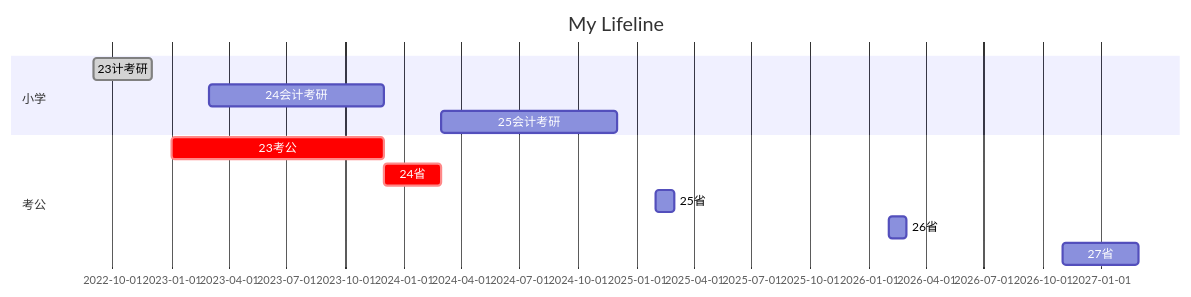
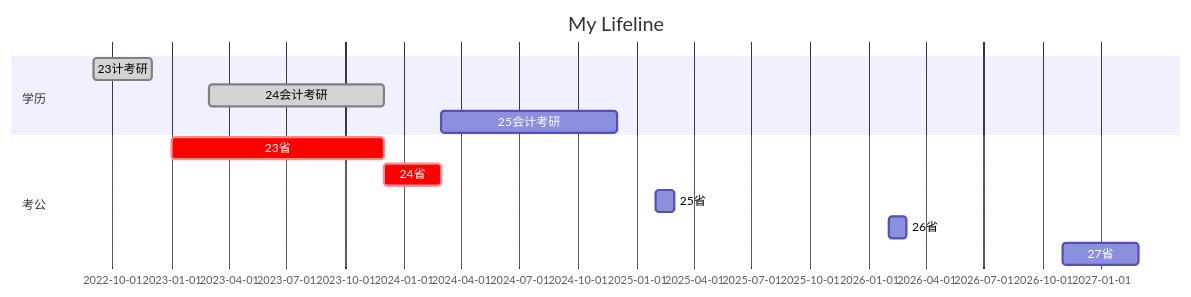
The diagram in source/_posts/分类/100管理/极简管理.md (ChaselWang/ChaselWang.github.io), drawn with Mermaid before and after one commit. The commit also changed other lines of this file and 12 other files, not shown here.

````diff
--- a/source/_posts/分类/100管理/极简管理.md
+++ b/source/_posts/分类/100管理/极简管理.md
@@ -8,20 +8,20 @@
 ```mermaid
 gantt
 title My Lifeline
 dateFormat YY-MM
-section 小学
+section 学历
 23计考研	:done,22-09,22-12	
-24会计考研	:23-03,23-12
+24会计考研	:done,23-03,23-12
 25会计考研	:24-03,24-12
 section 考公
-23考公	:crit,23-01,23-12
+23省	:crit,23-01,23-12
 24省		:crit,23-12,24-03
 25省		:25-02,25-03
 26省		:26-02,26-03
 27省		:26-11,27-03
 section 就业
 
 
 
 
 ```
````
